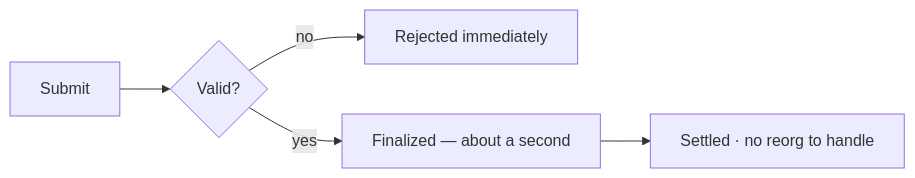
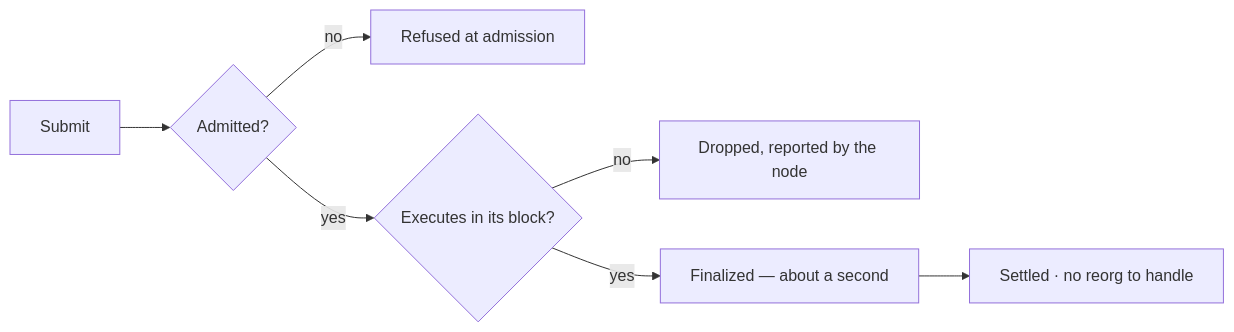
Before and after one commit to paulgnz/pulsevm-docs: the diagram in docs/guide/finality.md, drawn with Mermaid. The commit also changed other lines of this file and 27 other files, not shown here.

````diff
--- a/docs/guide/finality.md
+++ b/docs/guide/finality.md
@@ -21,7 +21,9 @@
 ```mermaid
 flowchart LR
-  s["Submit"] --> v{"Valid?"}
-  v -- no --> r["Rejected immediately"]
-  v -- yes --> f["Finalized — about a second"]
+  s["Submit"] --> v{"Admitted?"}
+  v -- no --> r["Refused at admission"]
+  v -- yes --> x{"Executes in its block?"}
+  x -- no --> fx["Dropped, reported by the node"]
+  x -- yes --> f["Finalized — about a second"]
   f --> d["Settled · no reorg to handle"]
 ```
````
